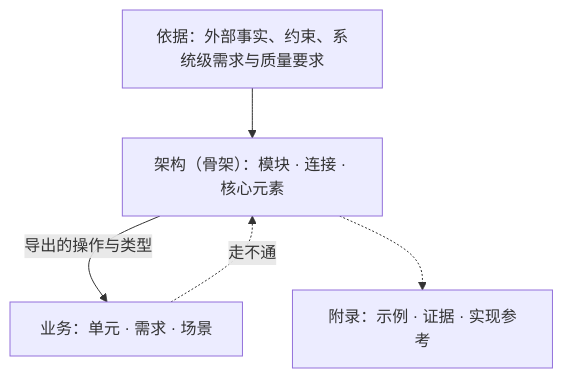
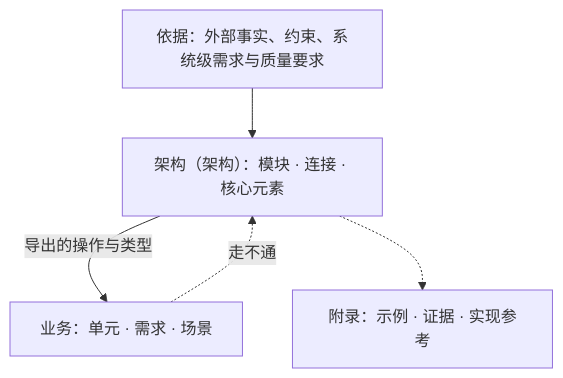
Before and after one commit to mouriya-s-lab/SSoT: the first of 3 diagrams in skills/software-design/SKILL.md, drawn with Mermaid. The commit also changed other lines of this file, not shown here.

````diff
--- a/skills/software-design/SKILL.md
+++ b/skills/software-design/SKILL.md
@@ -35,7 +35,7 @@
 ```mermaid
 flowchart TB
-    G["依据：外部事实、约束、系统级需求与质量要求"] --> A["架构（骨架）：模块 · 连接 · 核心元素"]
+    G["依据：外部事实、约束、系统级需求与质量要求"] --> A["架构（架构）：模块 · 连接 · 核心元素"]
     A -->|"导出的操作与类型"| B["业务：单元 · 需求 · 场景"]
     B -.->|"走不通"| A
     A -.-> X["附录：示例 · 证据 · 实现参考"]
 ```
````
